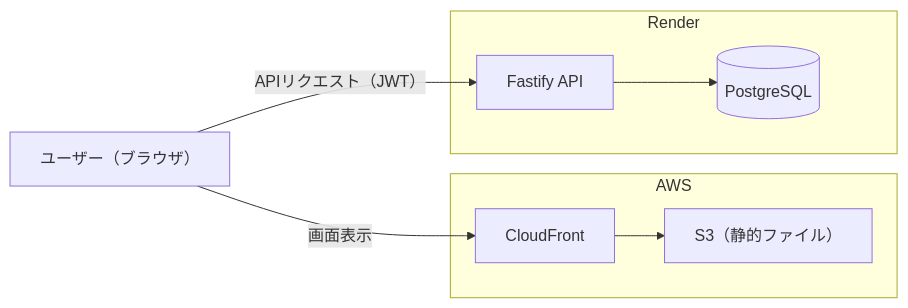
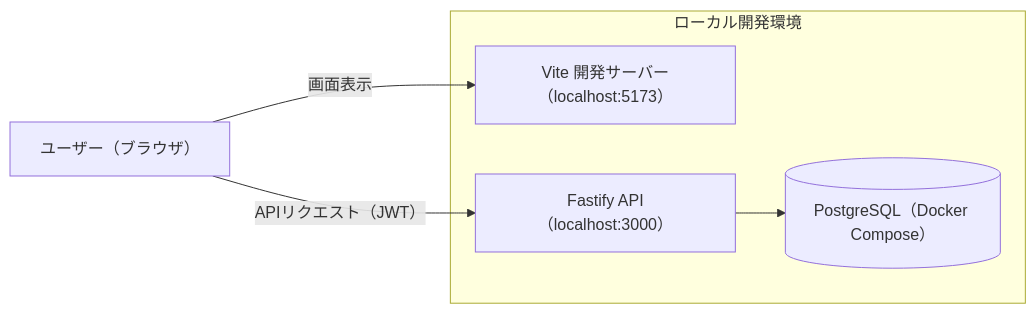
Before and after one commit to ueferi/track-my-subs: the first of 2 diagrams in README.md, drawn with Mermaid. The commit also changed other lines of this file and 5 other files, not shown here.

````diff
--- a/README.md
+++ b/README.md
@@ -30,19 +30,14 @@
 ```mermaid
 flowchart LR
   User["ユーザー（ブラウザ）"]
 
-  subgraph AWS["AWS"]
-    CloudFront["CloudFront"]
-    S3["S3（静的ファイル）"]
-    CloudFront --> S3
-  end
-
-  subgraph Render["Render"]
-    Backend["Fastify API"]
-    DB[("PostgreSQL")]
+  subgraph Local["ローカル開発環境"]
+    Frontend["Vite 開発サーバー（localhost:5173）"]
+    Backend["Fastify API（localhost:3000）"]
+    DB[("PostgreSQL（Docker Compose）")]
     Backend --> DB
   end
 
-  User -->|画面表示| CloudFront
+  User -->|画面表示| Frontend
   User -->|APIリクエスト（JWT）| Backend
 ```
````
